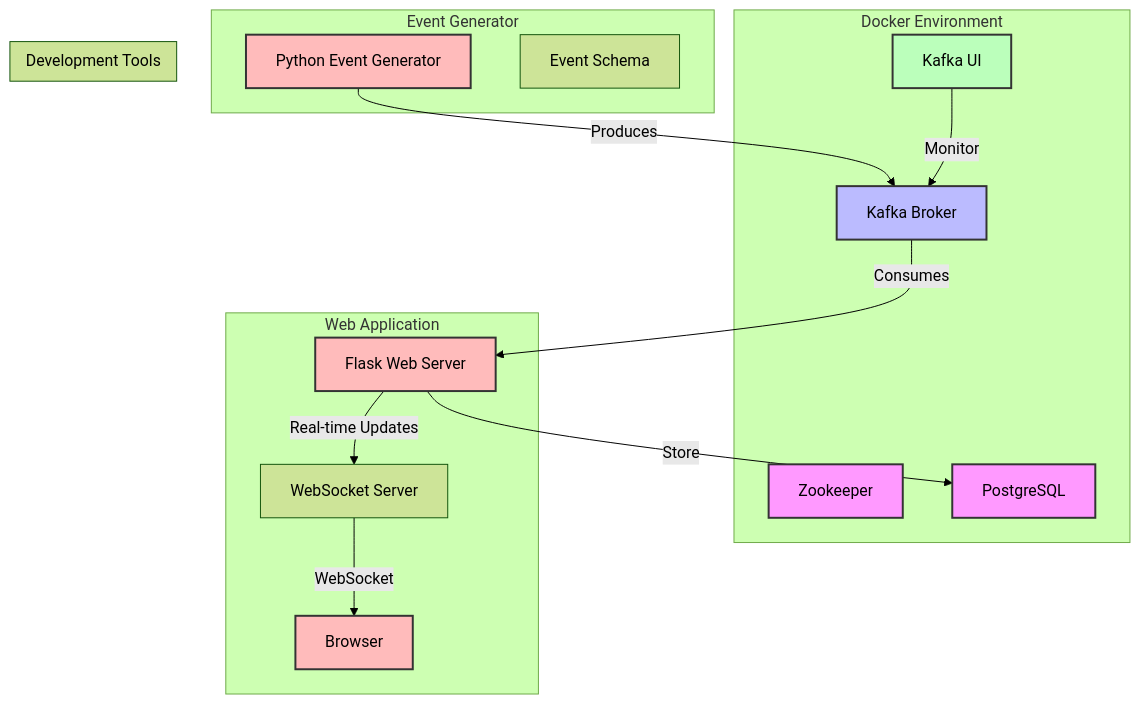
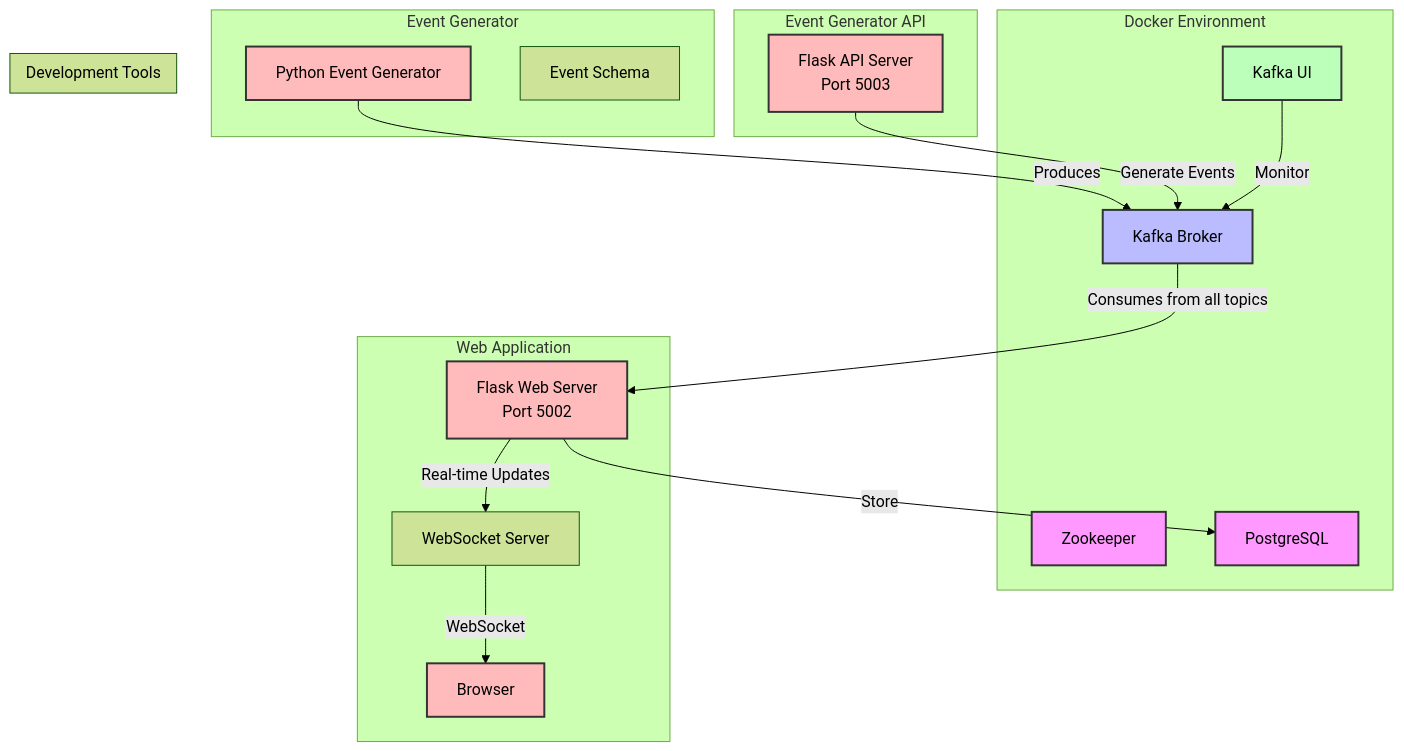
The diagram in README.md (NTTRocco/testCursorCoding), drawn with Mermaid (forest theme) before and after one commit. The commit also changed 1 other file, not shown here.

Commit message:
hla updated

````diff
--- a/README.md
+++ b/README.md
@@ -7,36 +7,42 @@
 ```mermaid
 graph TB
     subgraph "Docker Environment"
         Z[Zookeeper]
         K[Kafka Broker]
         KUI[Kafka UI]
         PG[PostgreSQL]
     end
 
     subgraph "Event Generator"
         EG[Python Event Generator]
         ES[Event Schema]
         EG -->|Produces| K
     end
 
     subgraph "Web Application"
-        WA[Flask Web Server]
+        WA[Flask Web Server<br/>Port 5002]
         WC[WebSocket Server]
-        K -->|Consumes| WA
+        K -->|Consumes from all topics| WA
         WA -->|Real-time Updates| WC
         WC -->|WebSocket| B[Browser]
         WA -->|Store| PG
+    end
+
+    subgraph "Event Generator API"
+        API[Flask API Server<br/>Port 5003]
+        API -->|Generate Events| K
     end
 
     subgraph "Development Tools"
         KUI -->|Monitor| K
     end
 
     style Z fill:#f9f,stroke:#333,stroke-width:2px
     style K fill:#bbf,stroke:#333,stroke-width:2px
     style KUI fill:#bfb,stroke:#333,stroke-width:2px
     style PG fill:#f9f,stroke:#333,stroke-width:2px
     style EG fill:#fbb,stroke:#333,stroke-width:2px
     style WA fill:#fbb,stroke:#333,stroke-width:2px
     style B fill:#fbb,stroke:#333,stroke-width:2px
+    style API fill:#fbb,stroke:#333,stroke-width:2px
 ```
````
